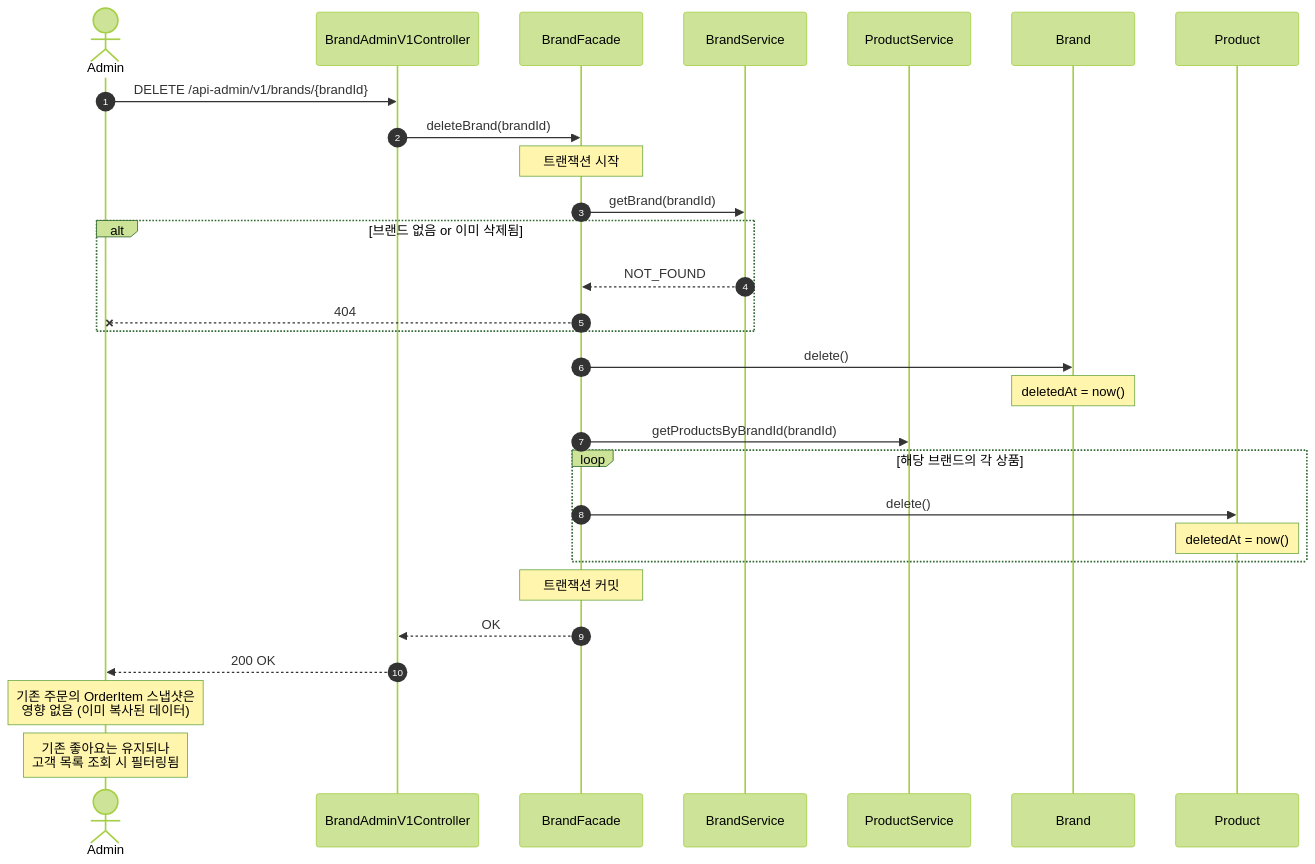
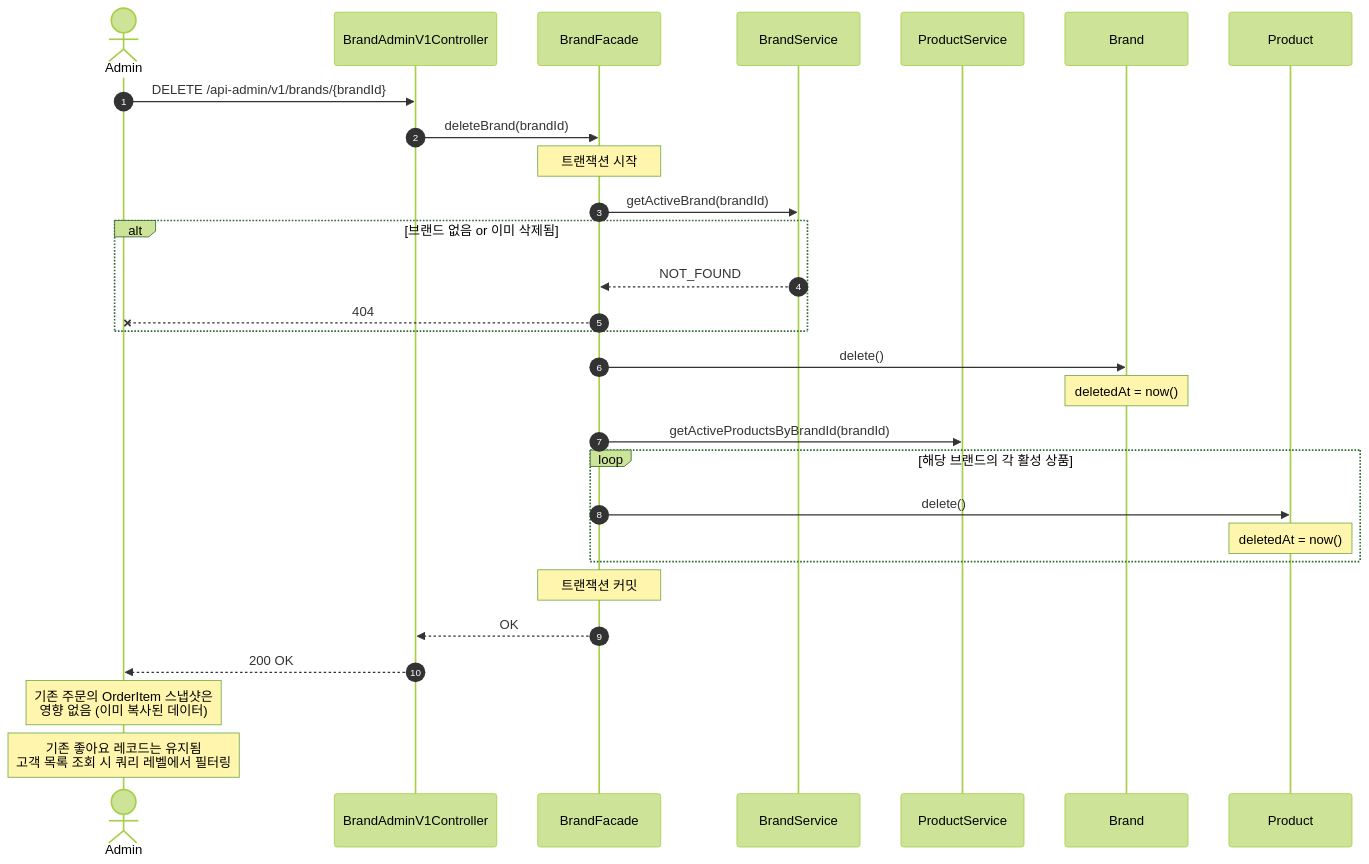
The third of 3 diagrams in docs/design/02-sequence-diagrams.md (letsgojh0810/loop-pack-be-l2-vol3-java), drawn with Mermaid (forest theme) before and after one commit. The commit also changed other lines of this file and 3 other files, not shown here.

````diff
--- a/docs/design/02-sequence-diagrams.md
+++ b/docs/design/02-sequence-diagrams.md
@@ -155,39 +153,39 @@
 ```mermaid
 sequenceDiagram
     autonumber
     actor Admin
     participant Controller as BrandAdminV1Controller
     participant Facade as BrandFacade
     participant BrandService as BrandService
     participant ProductService as ProductService
     participant Brand as Brand
     participant Product as Product
 
     Admin->>Controller: DELETE /api-admin/v1/brands/{brandId}
     Controller->>Facade: deleteBrand(brandId)
 
     Note over Facade: 트랜잭션 시작
 
-    Facade->>BrandService: getBrand(brandId)
+    Facade->>BrandService: getActiveBrand(brandId)
     alt 브랜드 없음 or 이미 삭제됨
         BrandService-->>Facade: NOT_FOUND
         Facade--xAdmin: 404
     end
 
     Facade->>Brand: delete()
     Note over Brand: deletedAt = now()
 
-    Facade->>ProductService: getProductsByBrandId(brandId)
-    loop 해당 브랜드의 각 상품
+    Facade->>ProductService: getActiveProductsByBrandId(brandId)
+    loop 해당 브랜드의 각 활성 상품
         Facade->>Product: delete()
         Note over Product: deletedAt = now()
     end
 
     Note over Facade: 트랜잭션 커밋
 
     Facade-->>Controller: OK
     Controller-->>Admin: 200 OK
 
     Note over Admin: 기존 주문의 OrderItem 스냅샷은<br/>영향 없음 (이미 복사된 데이터)
-    Note over Admin: 기존 좋아요는 유지되나<br/>고객 목록 조회 시 필터링됨
+    Note over Admin: 기존 좋아요 레코드는 유지됨<br/>고객 목록 조회 시 쿼리 레벨에서 필터링
 ```
````
